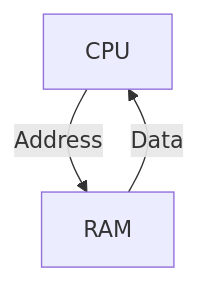
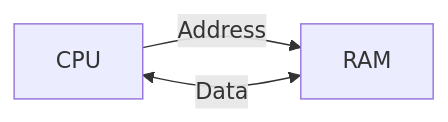
Before and after one commit to jacquesbergelius/DatAndAlgoPython: the first of 2 diagrams in README.md, drawn with Mermaid. The commit also changed other lines of this file, not shown here.

Commit message:
README: CPU/RAM diagram changed

````diff
--- a/README.md
+++ b/README.md
@@ -38,5 +38,5 @@
 ```mermaid
-graph TD
+flowchart LR
     CPU[CPU] -->|Address| RAM[RAM]
-    RAM -->|Data| CPU
+    RAM <-->|Data| CPU
 ```
````
